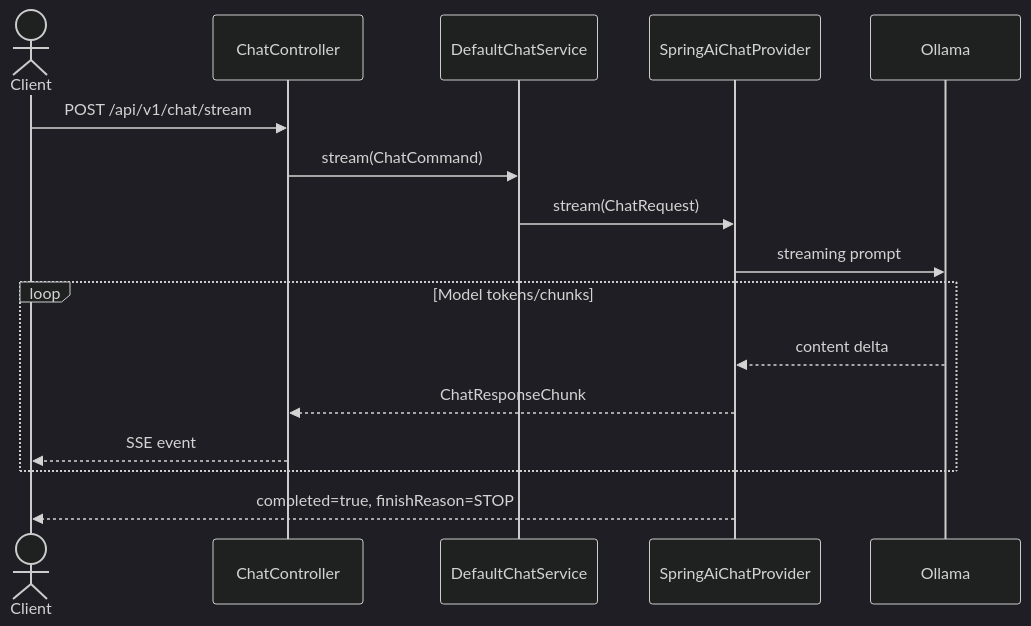
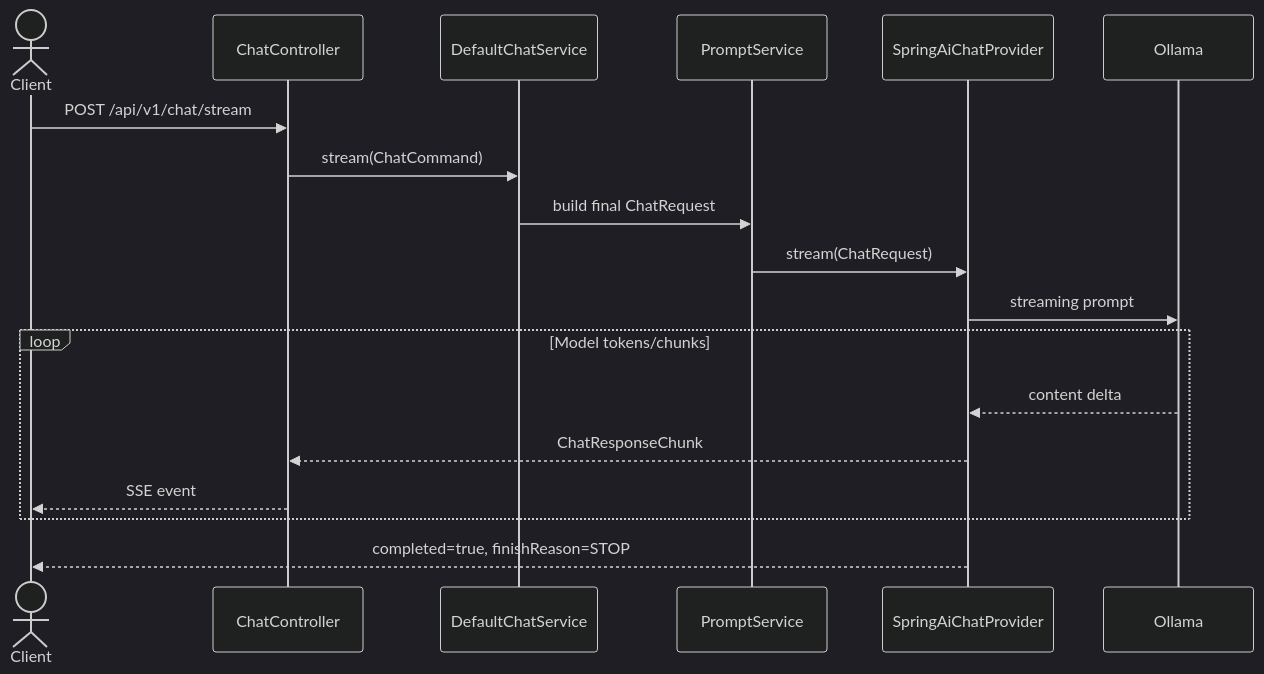
Before and after one commit to rawalpuneet1209/ai-foundry: the second of 8 diagrams in docs/SEQUENCE_AND_WORKFLOWS.md, drawn with Mermaid (dark theme). The commit also changed other lines of this file and 77 other files, not shown here.

````diff
--- a/docs/SEQUENCE_AND_WORKFLOWS.md
+++ b/docs/SEQUENCE_AND_WORKFLOWS.md
@@ -59,19 +70,21 @@
 ```mermaid
 sequenceDiagram
     actor Client
     participant API as ChatController
     participant Chat as DefaultChatService
+    participant Prompt as PromptService
     participant Provider as SpringAiChatProvider
     participant Ollama
 
     Client->>API: POST /api/v1/chat/stream
     API->>Chat: stream(ChatCommand)
-    Chat->>Provider: stream(ChatRequest)
+    Chat->>Prompt: build final ChatRequest
+    Prompt->>Provider: stream(ChatRequest)
     Provider->>Ollama: streaming prompt
     loop Model tokens/chunks
         Ollama-->>Provider: content delta
         Provider-->>API: ChatResponseChunk
         API-->>Client: SSE event
     end
     Provider-->>Client: completed=true, finishReason=STOP
 ```
````
